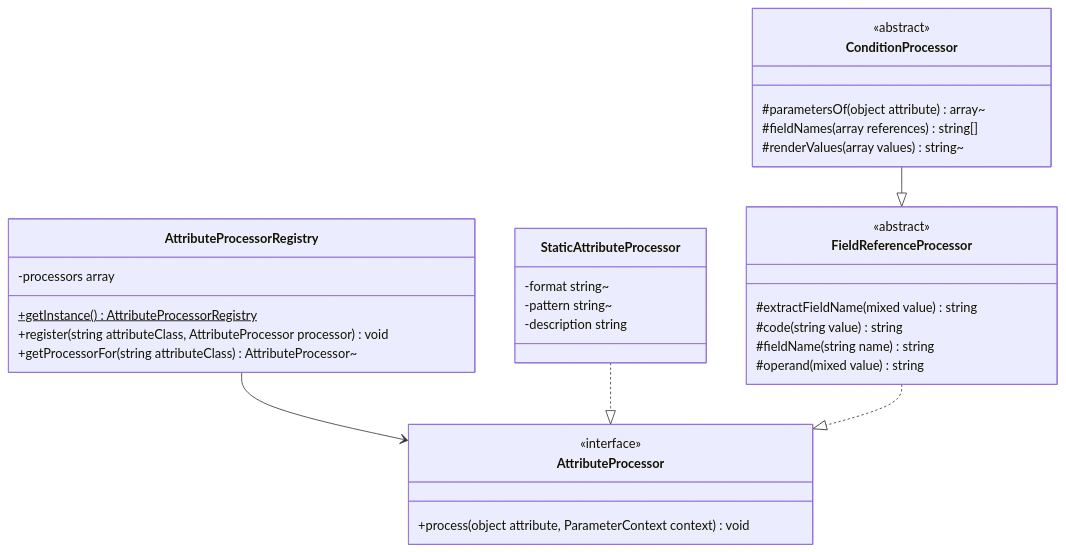
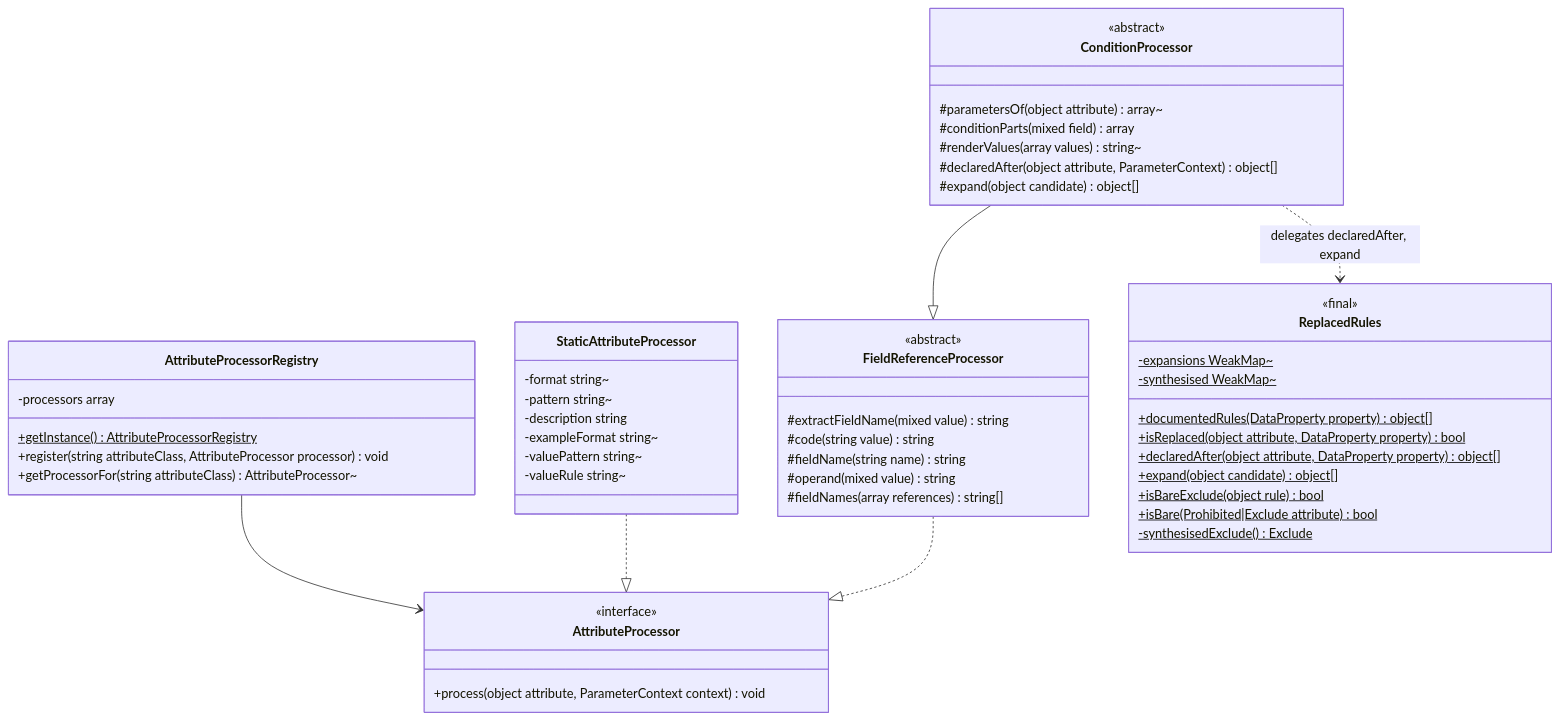
The diagram in spdd/prompt/LDD-202609251859-[Canvas]-service-attribute-processing-framework.md (abrhadev/laravel-data-docs), drawn with Mermaid before and after one commit. The commit also changed other lines of this file and 151 other files, not shown here.

````diff
--- a/spdd/prompt/LDD-202609251859-[Canvas]-service-attribute-processing-framework.md
+++ b/spdd/prompt/LDD-202609251859-[Canvas]-service-attribute-processing-framework.md
@@ -21,40 +21,60 @@
 ```mermaid
 classDiagram
     class AttributeProcessor {
         <<interface>>
         +process(object attribute, ParameterContext context) void
     }
 
     class AttributeProcessorRegistry {
         -processors array
         +getInstance() AttributeProcessorRegistry$
         +register(string attributeClass, AttributeProcessor processor) void
         +getProcessorFor(string attributeClass) AttributeProcessor~
     }
 
     class StaticAttributeProcessor {
         -format string~
         -pattern string~
         -description string
+        -exampleFormat string~
+        -valuePattern string~
+        -valueRule string~
     }
 
     class FieldReferenceProcessor {
         <<abstract>>
         #extractFieldName(mixed value) string
         #code(string value) string
         #fieldName(string name) string
         #operand(mixed value) string
+        #fieldNames(array references) string[]
     }
 
     class ConditionProcessor {
         <<abstract>>
         #parametersOf(object attribute) array~
-        #fieldNames(array references) string[]
+        #conditionParts(mixed field) array
         #renderValues(array values) string~
+        #declaredAfter(object attribute, ParameterContext) object[]
+        #expand(object candidate) object[]
+    }
+
+    class ReplacedRules {
+        <<final>>
+        -expansions WeakMap~$
+        -synthesised WeakMap~$
+        +documentedRules(DataProperty property) object[]$
+        +isReplaced(object attribute, DataProperty property) bool$
+        +declaredAfter(object attribute, DataProperty property) object[]$
+        +expand(object candidate) object[]$
+        +isBareExclude(object rule) bool$
+        +isBare(Prohibited|Exclude attribute) bool$
+        -synthesisedExclude() Exclude$
     }
 
     AttributeProcessorRegistry --> AttributeProcessor
+    ConditionProcessor ..> ReplacedRules : delegates declaredAfter, expand
     StaticAttributeProcessor ..|> AttributeProcessor
     FieldReferenceProcessor ..|> AttributeProcessor
     ConditionProcessor --|> FieldReferenceProcessor
 ```
````
